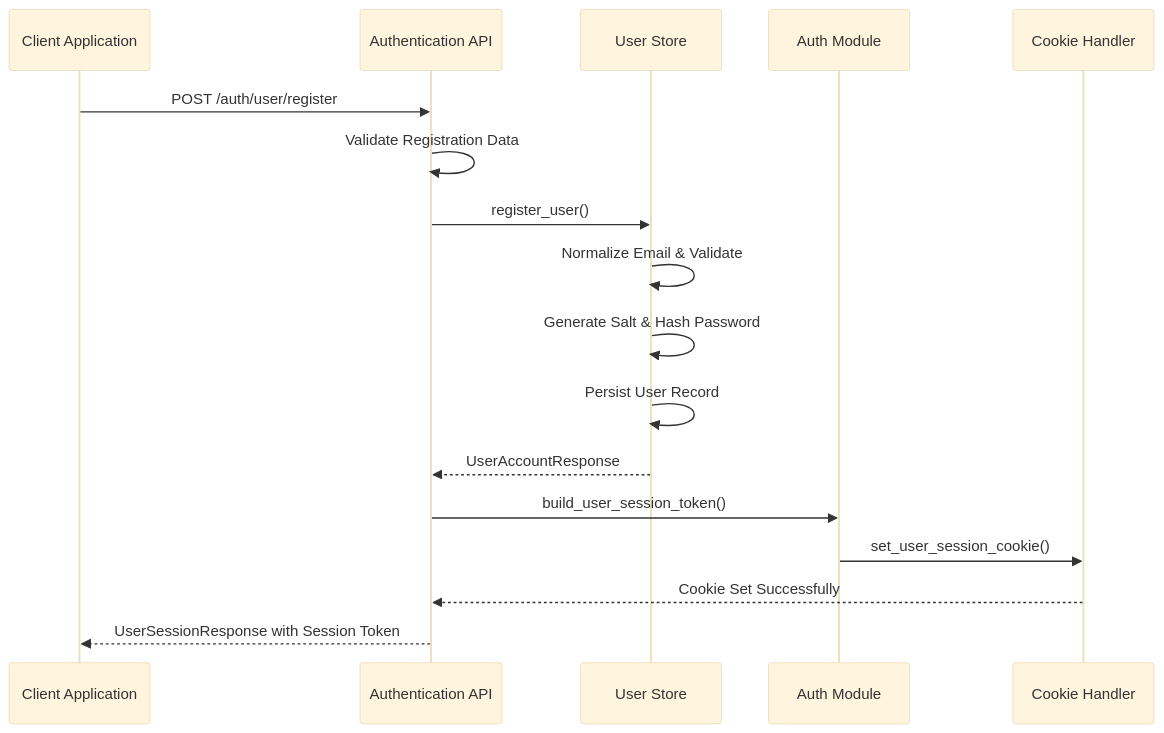
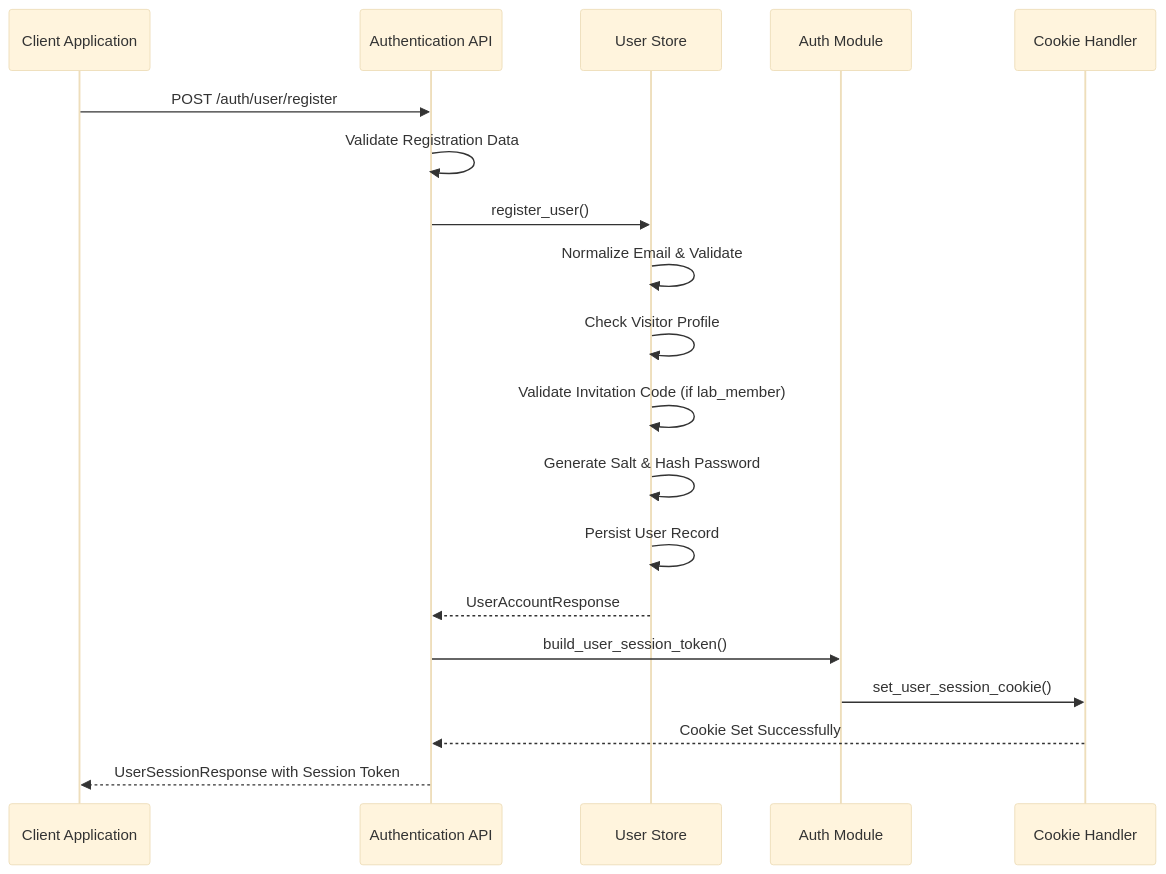
Before and after one commit to intellistream/sage-mate: the ninth of 12 diagrams in .qoder/repowiki/en/content/Core Components/Integrated Account Management View.md, drawn with Mermaid (base theme). The commit also changed other lines of this file and 58 other files, not shown here.

````diff
--- a/.qoder/repowiki/en/content/Core Components/Integrated Account Management View.md
+++ b/.qoder/repowiki/en/content/Core Components/Integrated Account Management View.md
@@ -269,19 +405,21 @@
 ```mermaid
 sequenceDiagram
 participant Client as Client Application
 participant API as Authentication API
 participant Store as User Store
 participant Auth as Auth Module
 participant Cookie as Cookie Handler
 Client->>API : POST /auth/user/register
 API->>API : Validate Registration Data
 API->>Store : register_user()
 Store->>Store : Normalize Email & Validate
+Store->>Store : Check Visitor Profile
+Store->>Store : Validate Invitation Code (if lab_member)
 Store->>Store : Generate Salt & Hash Password
 Store->>Store : Persist User Record
 Store-->>API : UserAccountResponse
 API->>Auth : build_user_session_token()
 Auth->>Cookie : set_user_session_cookie()
 Cookie-->>API : Cookie Set Successfully
 API-->>Client : UserSessionResponse with Session Token
 ```
````
